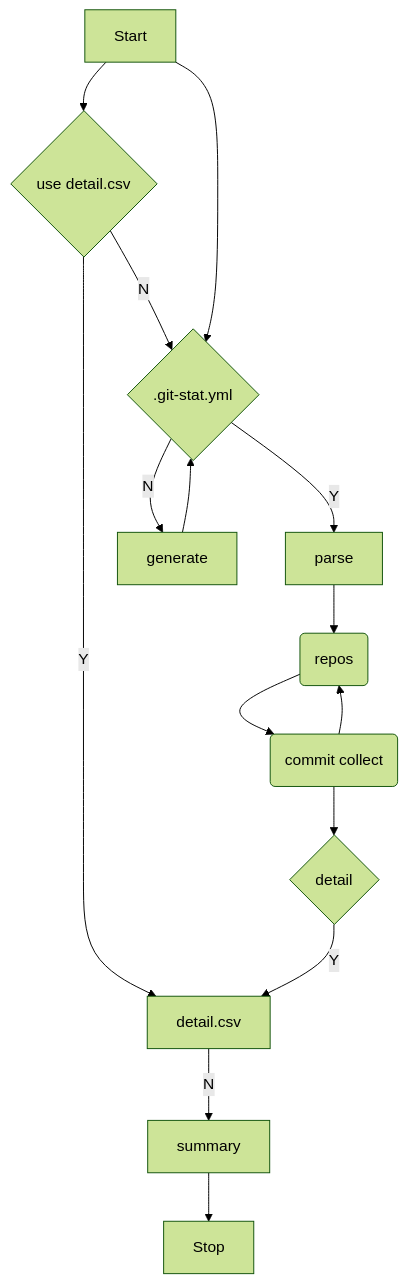
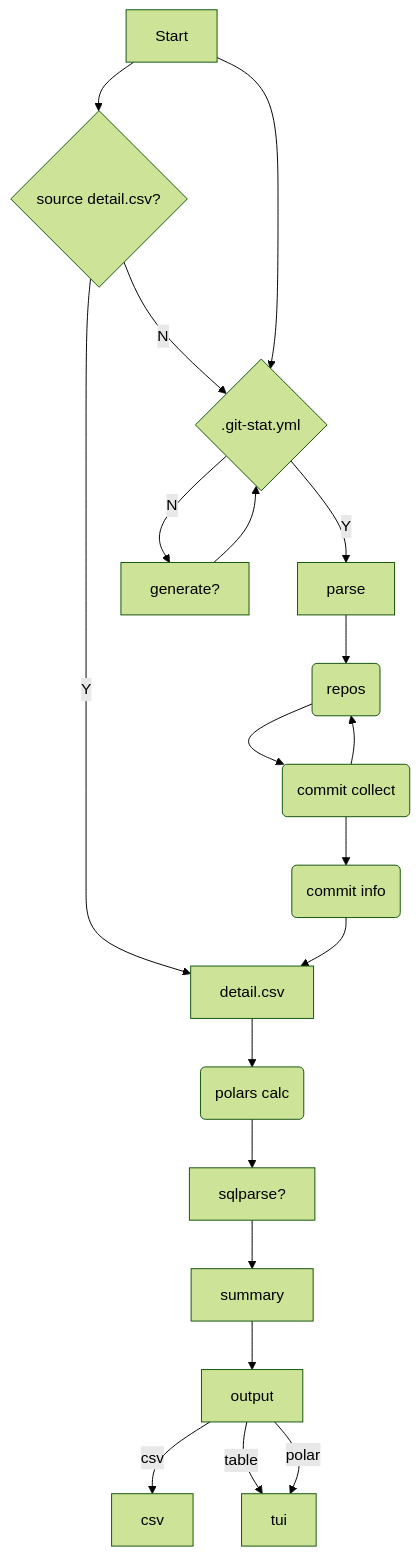
One commit to 26huitailang/git-stat changed the diagram in README.md. Above: the diagram before and after it, drawn with Mermaid (forest theme). The commit also changed 10 other files, not shown here.

Commit message:
feat: polars for calc & impl output trait

````diff
--- a/README.md
+++ b/README.md
@@ -12,13 +12,13 @@
 ```mermaid
 flowchart TD
 
-Start --> use-detail{use detail.csv} --> |Y|detail.csv
-use-detail --> |N|config
+Start --> source{source detail.csv?} --> |Y|detail.csv
+source --> |N|config
 Start --> config{.git-stat.yml}
 config --> |Y|parse --> R1(repos) --> R2(commit collect) --> R1
-R2 --> conf-detail{detail} --> |Y|detail.csv --> |N|summary
-config --> |N|generate --> config
-
-summary --> Stop
-
+R2 --> commit-list(commit info) --> detail.csv --> polars
+config --> |N|generate? --> config
+polars(polars calc) --> sqlparse? --> summary --> output --> |csv|csv
+output --> |table|tui
+output --> |polar|tui
 ```
````
